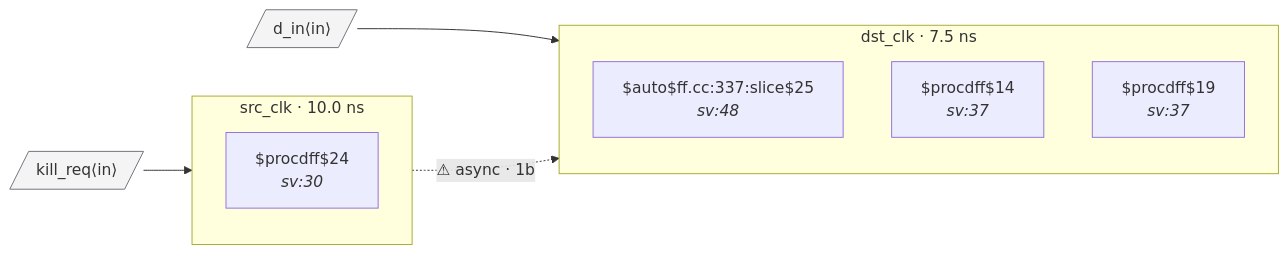
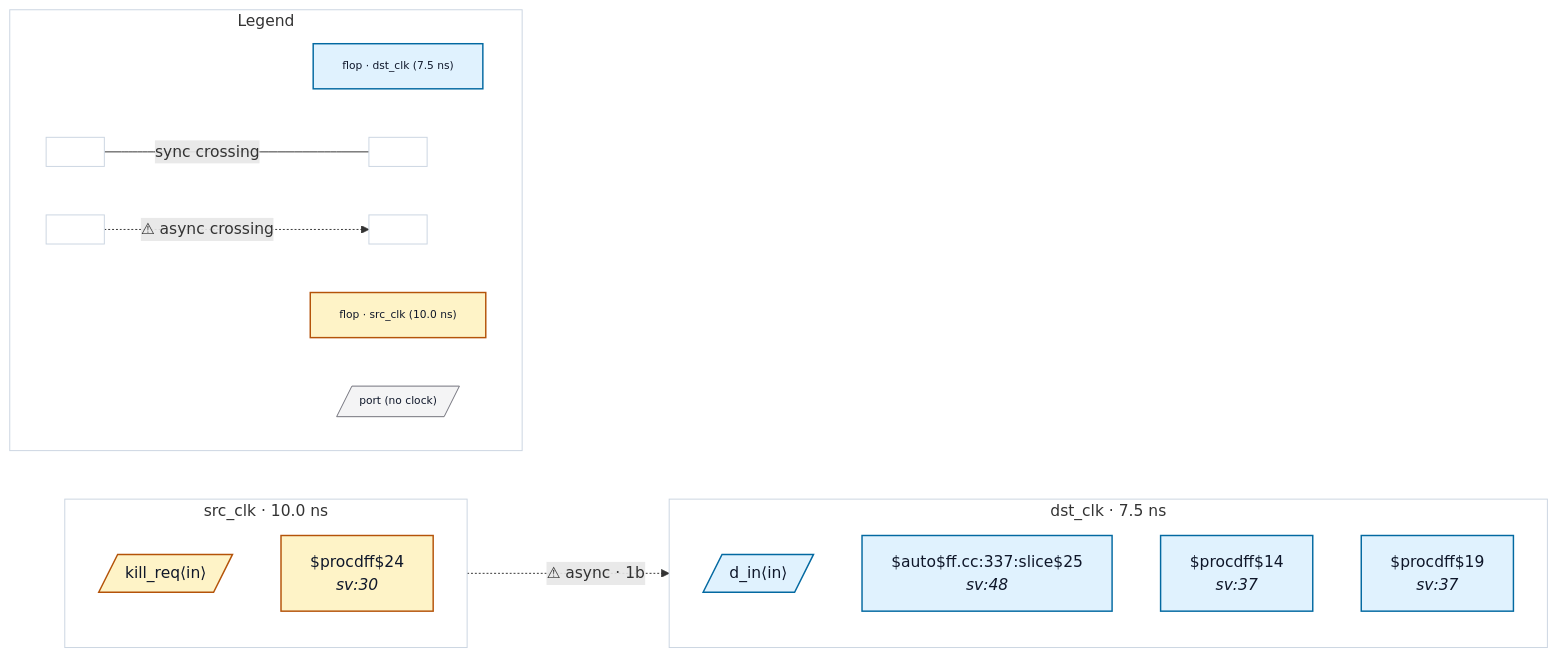
Before and after one commit to rtl-buddy/rtl-buddy-cdc: the diagram in tests/fixtures/good_rdc_003_sync_reset_synced/README.md, drawn with Mermaid. The commit also changed 71 other files, not shown here.

First line of the commit message:
Refresh fixture READMEs + render iterations (colors, legend, nested ports, clock-net edges)

````diff
--- a/tests/fixtures/good_rdc_003_sync_reset_synced/README.md
+++ b/tests/fixtures/good_rdc_003_sync_reset_synced/README.md
@@ -27,20 +27,43 @@
 ```mermaid
 %% good_rdc_003_sync_reset_synced — generated by rtl-buddy-cdc render
 flowchart LR
   subgraph clk_dst_clk["dst_clk · 7.5 ns"]
     direction TB
-    f_b6c1cf89["$auto$ff.cc:337:slice$25<br/><i>sv:48</i>"]
-    f_9380f604["$procdff$14<br/><i>sv:37</i>"]
-    f_27f4adc9["$procdff$19<br/><i>sv:37</i>"]
+    p_in_d_in[/"d_in⟨in⟩"/]:::ckcls_dst_clk
+    f_b6c1cf89["$auto$ff.cc:337:slice$25<br/><i>sv:48</i>"]:::ckcls_dst_clk
+    f_9380f604["$procdff$14<br/><i>sv:37</i>"]:::ckcls_dst_clk
+    f_27f4adc9["$procdff$19<br/><i>sv:37</i>"]:::ckcls_dst_clk
   end
   subgraph clk_src_clk["src_clk · 10.0 ns"]
     direction TB
-    f_f807828e["$procdff$24<br/><i>sv:30</i>"]
+    p_in_kill_req[/"kill_req⟨in⟩"/]:::ckcls_src_clk
+    f_f807828e["$procdff$24<br/><i>sv:30</i>"]:::ckcls_src_clk
   end
-  p_in_d_in[/"d_in⟨in⟩"/]:::port
-  p_in_kill_req[/"kill_req⟨in⟩"/]:::port
-  p_in_d_in --> f_b6c1cf89
-  p_in_kill_req --> f_f807828e
   f_f807828e -. "⚠ async · 1b" .-> f_9380f604
-  classDef port fill:#f4f4f5,stroke:#71717a
+  subgraph rb_legend["Legend"]
+    direction LR
+    lg_clk_dst_clk["flop · dst_clk (7.5 ns)"]:::ckcls_dst_clk
+    lg_clk_src_clk["flop · src_clk (10.0 ns)"]:::ckcls_src_clk
+    lg_port[/"port (no clock)"/]:::port_unassigned
+    lg_sync_a[" "]:::ckcls_legend_neutral
+    lg_sync_b[" "]:::ckcls_legend_neutral
+    lg_async_a[" "]:::ckcls_legend_neutral
+    lg_async_b[" "]:::ckcls_legend_neutral
+    lg_sync_a --- |"sync crossing"| lg_sync_b
+    lg_async_a -. "⚠ async crossing" .-> lg_async_b
+  end
+  style clk_dst_clk fill:none,stroke:#cbd5e1
+  style clk_src_clk fill:none,stroke:#cbd5e1
+  style rb_legend fill:none,stroke:#cbd5e1
+  style lg_clk_dst_clk font-size:11px
+  style lg_clk_src_clk font-size:11px
+  style lg_port font-size:11px
+  style lg_sync_a font-size:11px
+  style lg_sync_b font-size:11px
+  style lg_async_a font-size:11px
+  style lg_async_b font-size:11px
+  classDef ckcls_dst_clk fill:#e0f2fe,stroke:#0369a1,stroke-width:1.5px,color:#0f172a
+  classDef ckcls_src_clk fill:#fef3c7,stroke:#b45309,stroke-width:1.5px,color:#0f172a
+  classDef port_unassigned fill:#f4f4f5,stroke:#71717a,color:#0f172a
+  classDef ckcls_legend_neutral fill:#ffffff,stroke:#cbd5e1,stroke-width:1px,color:#0f172a
 ```
````
